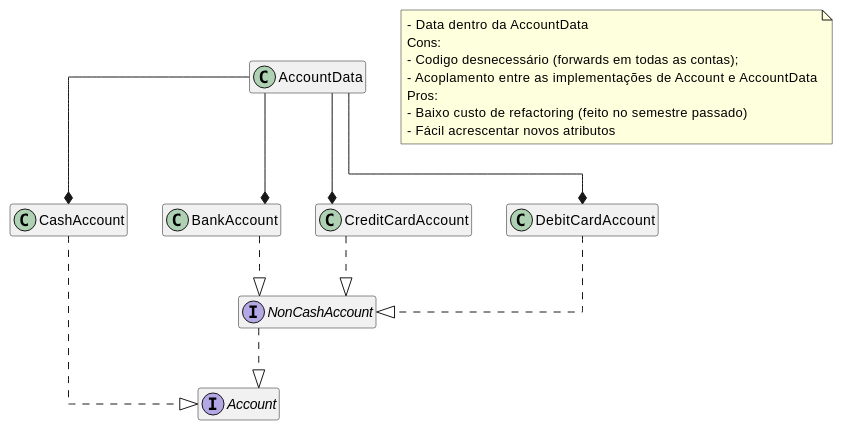
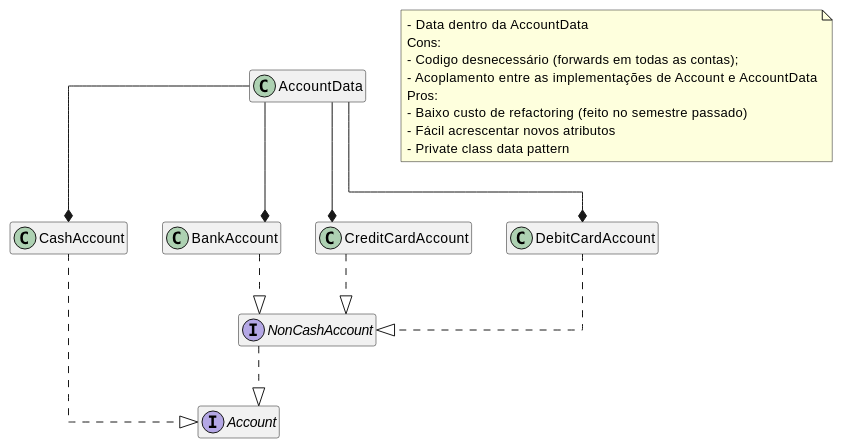
One commit to tomas-osswald/switch_2020_g3 changed the first of 2 diagrams in docs/duvidasAccounts.md. Above: the diagram before and after it, drawn with PlantUML. The commit also changed other lines of this file, not shown here.

````diff
--- a/docs/duvidasAccounts.md
+++ b/docs/duvidasAccounts.md
@@ -5,48 +5,49 @@
 ```puml
 hide empty members
 skinparam linetype ortho
 
 interface Account {
 }
 
 interface NonCashAccount{
 }
 
 class CashAccount {
 }
 
 class BankAccount {
 }
 
 class CreditCardAccount{}
 
 class DebitCardAccount{}
 
 class AccountData{}
 
 CashAccount .--|> Account
 NonCashAccount .-|> Account
 
 BankAccount .-|> NonCashAccount
 CreditCardAccount .-|> NonCashAccount
 DebitCardAccount .-|> NonCashAccount
 
 AccountData --* CashAccount
 AccountData --* BankAccount
 AccountData --* CreditCardAccount
 AccountData --* DebitCardAccount
 
 'note "Data dentro da AccountData. Cons: Codigo desnecessário (fowards em todas as contas) Pros: Private class data pattern;" as note
 
 Note as N1
     - Data dentro da AccountData
     Cons:
     - Codigo desnecessário (forwards em todas as contas);
     - Acoplamento entre as implementações de Account e AccountData
     Pros:
     - Baixo custo de refactoring (feito no semestre passado)
     - Fácil acrescentar novos atributos
+    - Private class data pattern 
 end Note
 
 @enduml
 ```
````
